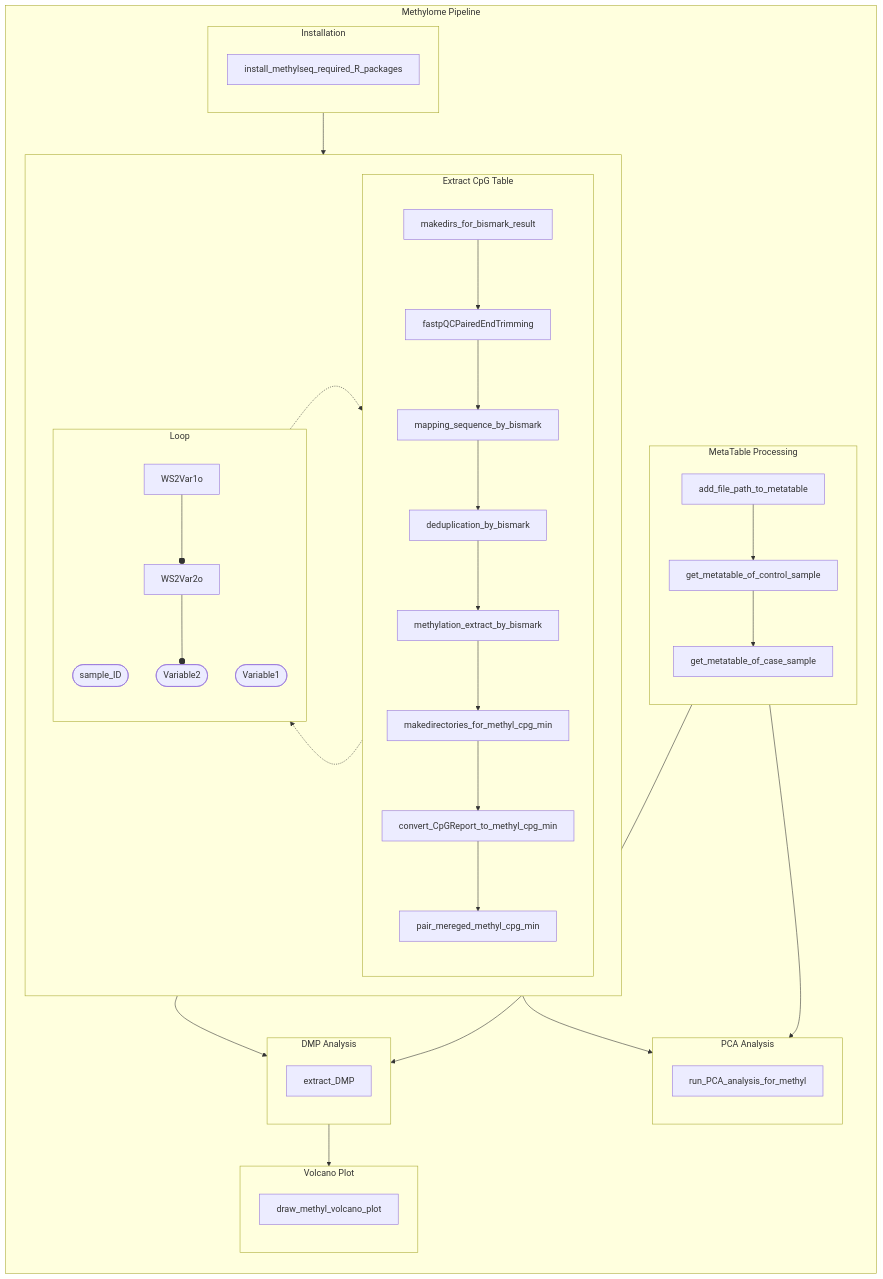
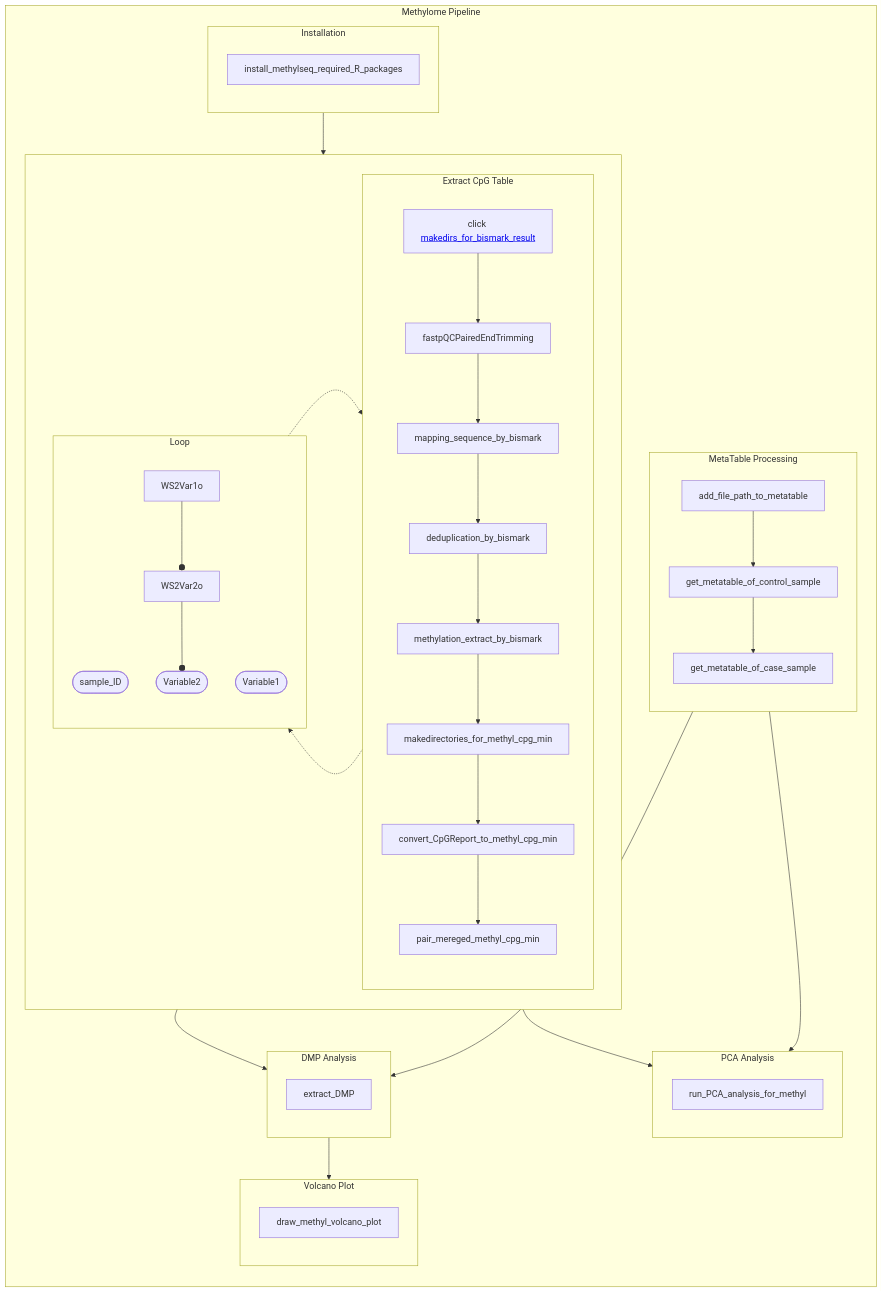
Before and after one commit to Yoonsung1203/Yoonsung1203: the diagram in Mermaid_Test.md, drawn with Mermaid.

````diff
--- a/Mermaid_Test.md
+++ b/Mermaid_Test.md
@@ -1,55 +1,56 @@
 ```mermaid
   flowchart TB
     subgraph Total["Methylome Pipeline"]
       direction TB
       subgraph WS1["Installation"]
         direction TB
         W1["install_methylseq_required_R_packages"]
+        click W1 href "http://www.github.com"
       end
       subgraph WS2[" "]
         direction LR
         subgraph WS2Loop["Extract CpG Table"]
           direction TB
-          W2["makedirs_for_bismark_result"]-->W3["fastpQCPairedEndTrimming"]
+          W2[click <a href=http://google.com>makedirs_for_bismark_result</a>]-->W3["fastpQCPairedEndTrimming"]
           W3-->W4["mapping_sequence_by_bismark"]
           W4-->W5["deduplication_by_bismark"]
           W5-->W6["methylation_extract_by_bismark"]
           W6-->W7["makedirectories_for_methyl_cpg_min"]
           W7-->W8["convert_CpGReport_to_methyl_cpg_min"]
           W8-->W9["pair_mereged_methyl_cpg_min"]
         end
         subgraph WS2LoopVariable["Loop"]
           direction TB
           WS2Var1(["sample_ID"])
           WS2Var2(["Variable1"])
           WS2Var3(["Variable2"])
           WS2Var1o--oWS2Var2o--oWS2Var3
         end
         WS2Loop-.->WS2LoopVariable
         WS2LoopVariable-.->WS2Loop
       end
       subgraph WS3["MetaTable Processing"]
         direction TB
         W10["add_file_path_to_metatable"]-->W11["get_metatable_of_control_sample"]
         W11-->W12["get_metatable_of_case_sample"]
       end
       subgraph WS4["DMP Analysis"]
         direction TB
         W13["extract_DMP"]
       end
       subgraph WS5["PCA Analysis"]
         direction TB
         W14["run_PCA_analysis_for_methyl"]
       end
       subgraph WS6["Volcano Plot"]
         direction TB
         W15["draw_methyl_volcano_plot"]
       end
       WS1-->WS2
       WS2-->WS4
       WS3-->WS4
       WS3-->WS5
       WS2-->WS5
       WS4-->WS6
     end
 ```
````
